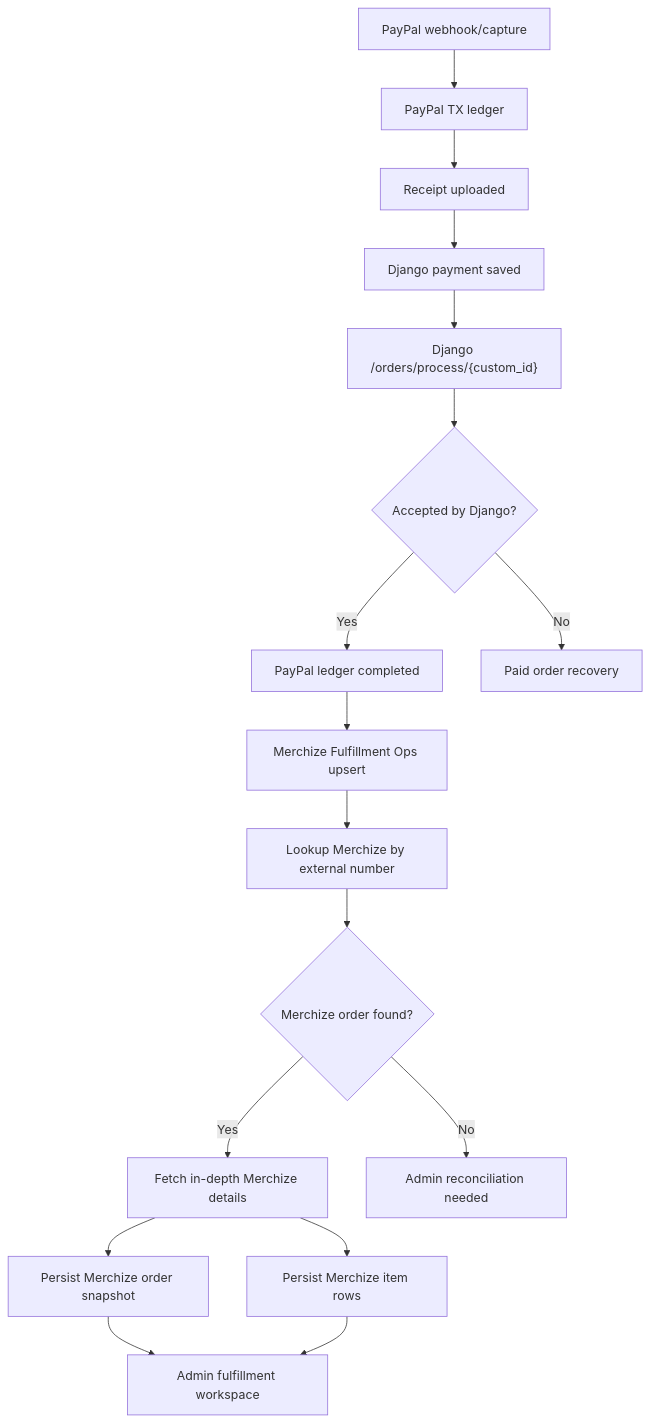
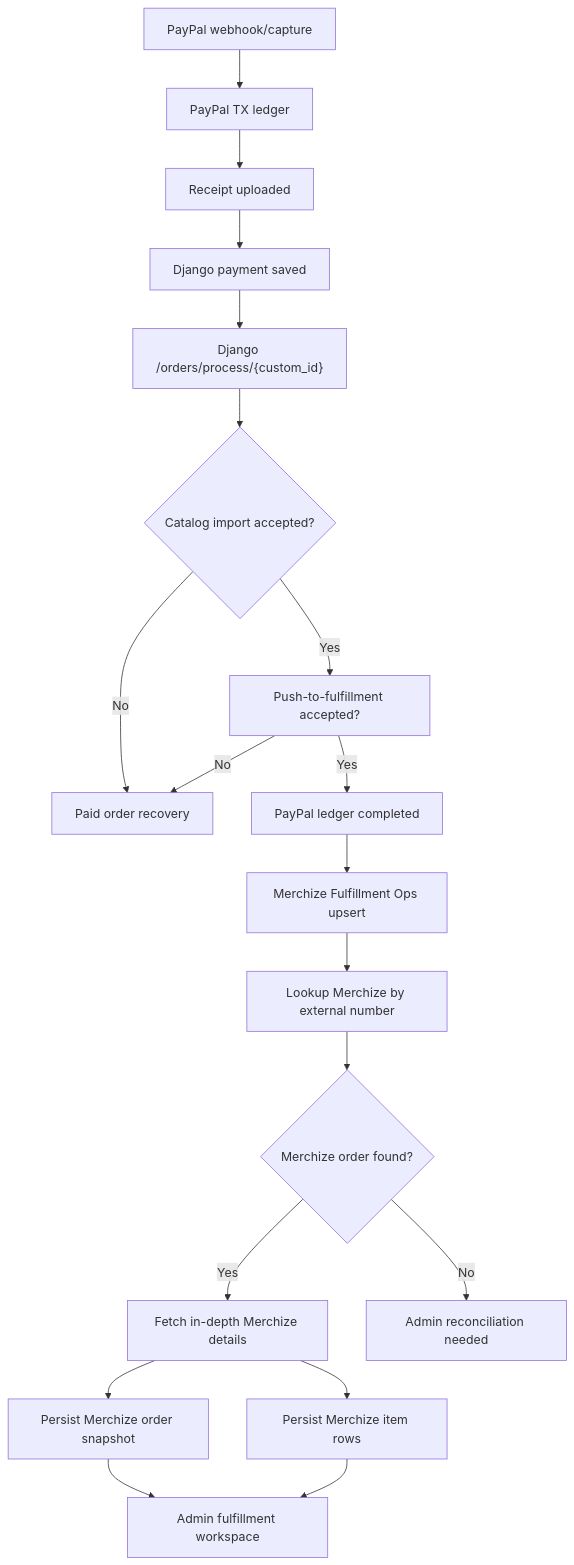
Before and after one commit to Codex-Christi/codex_christi_frontend: the first of 3 diagrams in Future Implementation Guides/MERCHIZE_FULFILLMENT_OPS_GUIDE.md, drawn with Mermaid. The commit also changed other lines of this file and 3 other files, not shown here.

Commit message:
Update paid order fulfillment ops guides

````diff
--- a/Future Implementation Guides/MERCHIZE_FULFILLMENT_OPS_GUIDE.md
+++ b/Future Implementation Guides/MERCHIZE_FULFILLMENT_OPS_GUIDE.md
@@ -365,19 +601,21 @@
 ```mermaid
 flowchart TD
   A["PayPal webhook/capture"] --> B["PayPal TX ledger"]
   B --> C["Receipt uploaded"]
   C --> D["Django payment saved"]
   D --> E["Django /orders/process/{custom_id}"]
-  E --> F{"Accepted by Django?"}
-  F -->|"Yes"| G["PayPal ledger completed"]
+  E --> F{"Catalog import accepted?"}
+  F -->|"Yes"| G["Push-to-fulfillment accepted?"]
   F -->|"No"| H["Paid order recovery"]
-  G --> I["Merchize Fulfillment Ops upsert"]
-  I --> J["Lookup Merchize by external number"]
-  J --> K{"Merchize order found?"}
-  K -->|"Yes"| L["Fetch in-depth Merchize details"]
-  K -->|"No"| M["Admin reconciliation needed"]
-  L --> N["Persist Merchize order snapshot"]
-  L --> O["Persist Merchize item rows"]
-  N --> P["Admin fulfillment workspace"]
-  O --> P
+  G -->|"Yes"| I["PayPal ledger completed"]
+  G -->|"No"| H
+  I --> J["Merchize Fulfillment Ops upsert"]
+  J --> K["Lookup Merchize by external number"]
+  K --> L{"Merchize order found?"}
+  L -->|"Yes"| M["Fetch in-depth Merchize details"]
+  L -->|"No"| N["Admin reconciliation needed"]
+  M --> O["Persist Merchize order snapshot"]
+  M --> P["Persist Merchize item rows"]
+  O --> Q["Admin fulfillment workspace"]
+  P --> Q
 ```
````
